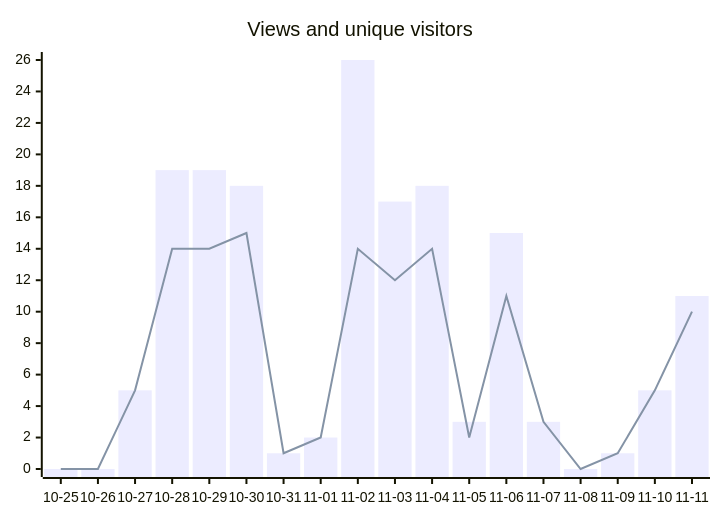
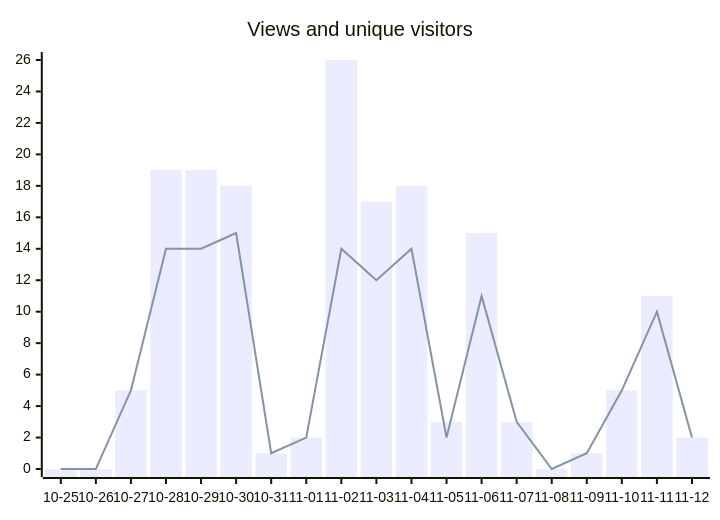
One commit to fmadore/Kalamu changed the second of 2 diagrams in README.md. Above: the diagram before and after it, drawn with Mermaid. The commit also changed other lines of this file and 3 other files, not shown here.

````diff
--- a/README.md
+++ b/README.md
@@ -66,7 +68,7 @@
 ```mermaid
 xychart-beta
     title "Views and unique visitors"
-    x-axis ["10-25", "10-26", "10-27", "10-28", "10-29", "10-30", "10-31", "11-01", "11-02", "11-03", "11-04", "11-05", "11-06", "11-07", "11-08", "11-09", "11-10", "11-11"]
-    bar [0, 0, 5, 19, 19, 18, 1, 2, 26, 17, 18, 3, 15, 3, 0, 1, 5, 11]
-    line [0, 0, 5, 14, 14, 15, 1, 2, 14, 12, 14, 2, 11, 3, 0, 1, 5, 10]
+    x-axis ["10-25", "10-26", "10-27", "10-28", "10-29", "10-30", "10-31", "11-01", "11-02", "11-03", "11-04", "11-05", "11-06", "11-07", "11-08", "11-09", "11-10", "11-11", "11-12"]
+    bar [0, 0, 5, 19, 19, 18, 1, 2, 26, 17, 18, 3, 15, 3, 0, 1, 5, 11, 2]
+    line [0, 0, 5, 14, 14, 15, 1, 2, 14, 12, 14, 2, 11, 3, 0, 1, 5, 10, 2]
 ```
````
